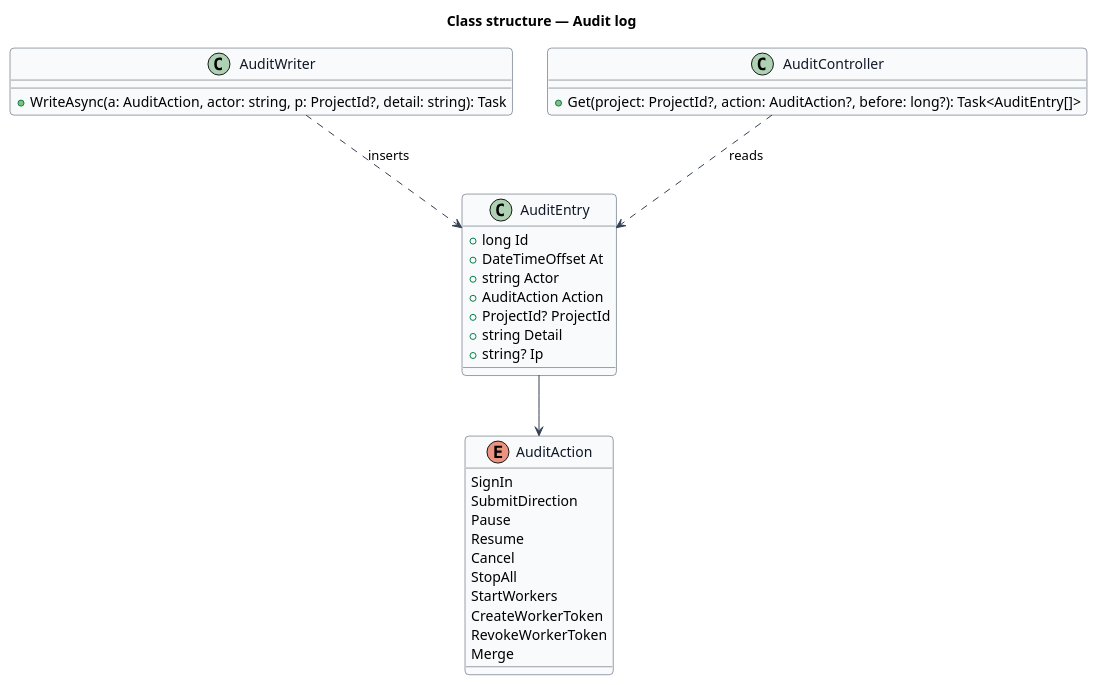
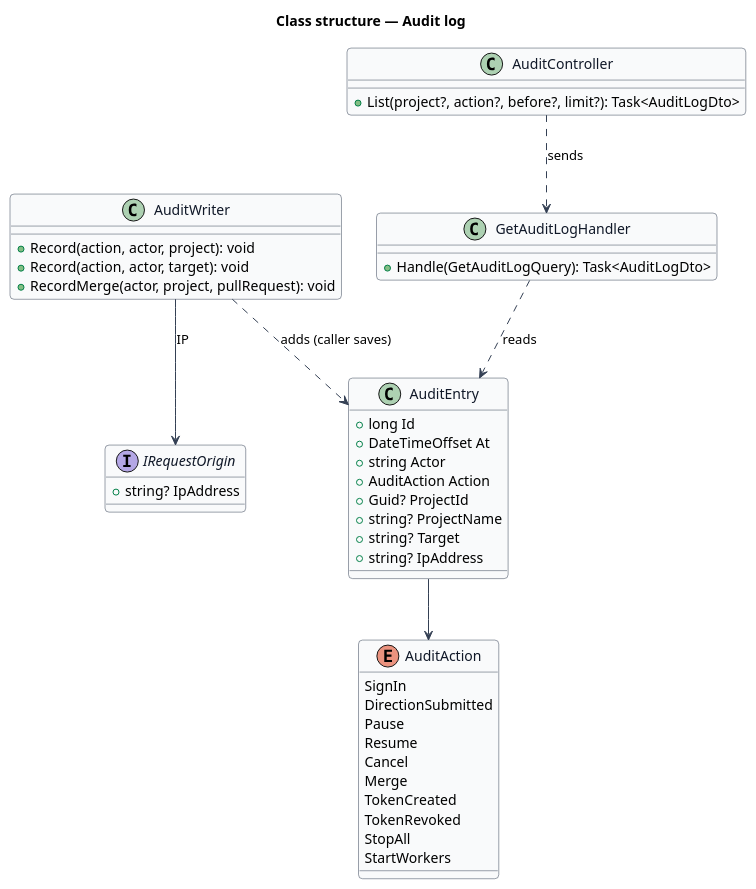
The diagram in docs/detailed-designs/governance/audit-log/diagrams/class-structure.puml (QuinntyneBrown/hewn), drawn with PlantUML before and after one commit. The commit also changed 69 other files, not shown here.

First line of the commit message:
Review the audit log (journey 32, L2-044) (#40)

```diff
--- a/docs/detailed-designs/governance/audit-log/diagrams/class-structure.puml
+++ b/docs/detailed-designs/governance/audit-log/diagrams/class-structure.puml
@@ -1,44 +1,55 @@
 @startuml
 skinparam backgroundColor #FFFFFF
 skinparam shadowing false
 skinparam roundcorner 8
 skinparam defaultFontName Arial
 skinparam ArrowColor #344054
 skinparam class {
   BorderColor #344054
   FontColor #101828
   BackgroundColor #F9FAFB
 }
 title Class structure — Audit log
 
 enum AuditAction {
   SignIn
-  SubmitDirection
+  DirectionSubmitted
   Pause
   Resume
   Cancel
+  Merge
+  TokenCreated
+  TokenRevoked
   StopAll
   StartWorkers
-  CreateWorkerToken
-  RevokeWorkerToken
-  Merge
 }
 class AuditEntry {
   +long Id
   +DateTimeOffset At
   +string Actor
   +AuditAction Action
-  +ProjectId? ProjectId
-  +string Detail
-  +string? Ip
+  +Guid? ProjectId
+  +string? ProjectName
+  +string? Target
+  +string? IpAddress
+}
+interface IRequestOrigin {
+  +string? IpAddress
 }
 class AuditWriter {
-  +WriteAsync(a: AuditAction, actor: string, p: ProjectId?, detail: string): Task
+  +Record(action, actor, project): void
+  +Record(action, actor, target): void
+  +RecordMerge(actor, project, pullRequest): void
+}
+class GetAuditLogHandler {
+  +Handle(GetAuditLogQuery): Task<AuditLogDto>
 }
 class AuditController {
-  +Get(project: ProjectId?, action: AuditAction?, before: long?): Task<AuditEntry[]>
+  +List(project?, action?, before?, limit?): Task<AuditLogDto>
 }
 AuditEntry --> AuditAction
-AuditWriter ..> AuditEntry : inserts
-AuditController ..> AuditEntry : reads
+AuditWriter ..> AuditEntry : adds (caller saves)
+AuditWriter --> IRequestOrigin : IP
+AuditController ..> GetAuditLogHandler : sends
+GetAuditLogHandler ..> AuditEntry : reads
 @enduml
```
